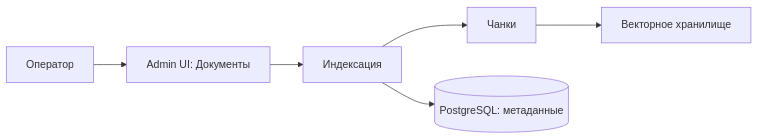
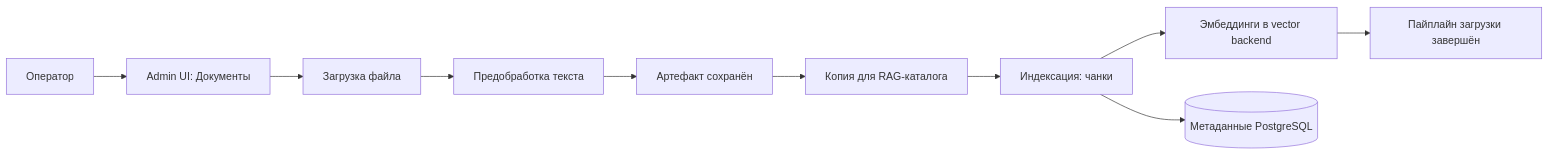
The fifth of 6 diagrams in USER_GUIDE.md (AlexLvGulyaev/Assistant-Flow), drawn with Mermaid before and after one commit. The commit also changed other lines of this file, not shown here.

Commit message:
docs: user_guide_diagramm

````diff
--- a/USER_GUIDE.md
+++ b/USER_GUIDE.md
@@ -85,8 +126,12 @@
 ```mermaid
 flowchart LR
     OP[Оператор] --> UI[Admin UI: Документы]
-    UI --> IDX[Индексация]
-    IDX --> CH[Чанки]
-    CH --> VDB[Векторное хранилище]
-    IDX --> PG[(PostgreSQL: метаданные)]
+    UI --> S1[Загрузка файла]
+    S1 --> S2[Предобработка текста]
+    S2 --> S3[Артефакт сохранён]
+    S3 --> S4[Копия для RAG-каталога]
+    S4 --> S5[Индексация: чанки]
+    S5 --> S6[Эмбеддинги в vector backend]
+    S5 --> PG[(Метаданные PostgreSQL)]
+    S6 --> S7[Пайплайн загрузки завершён]
 ```
````
